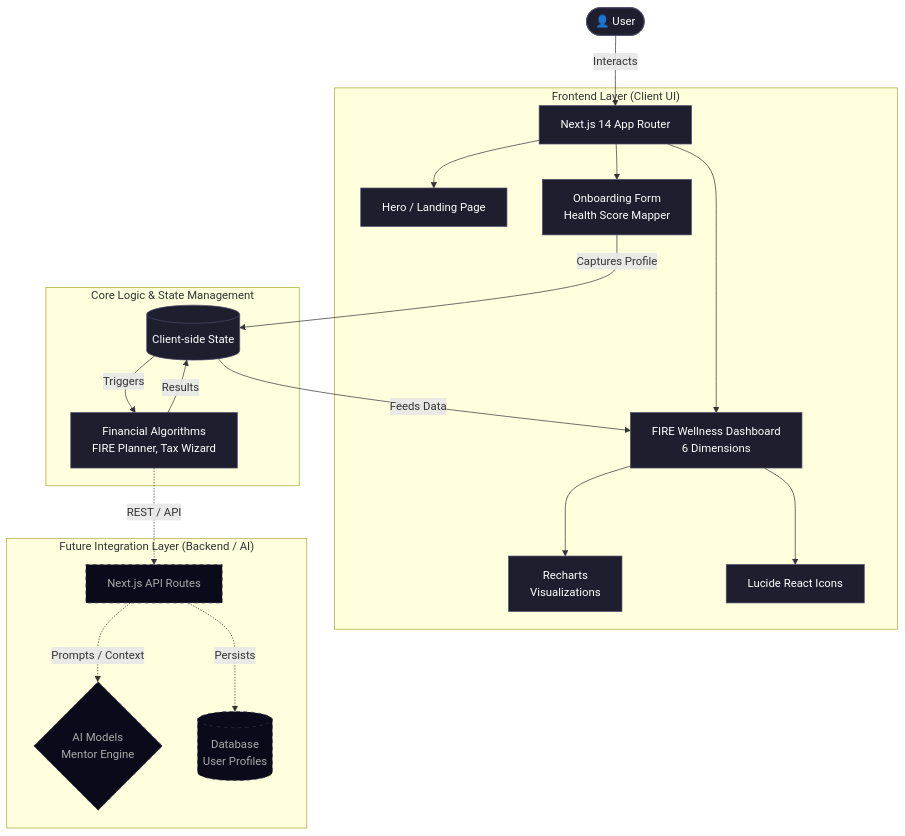
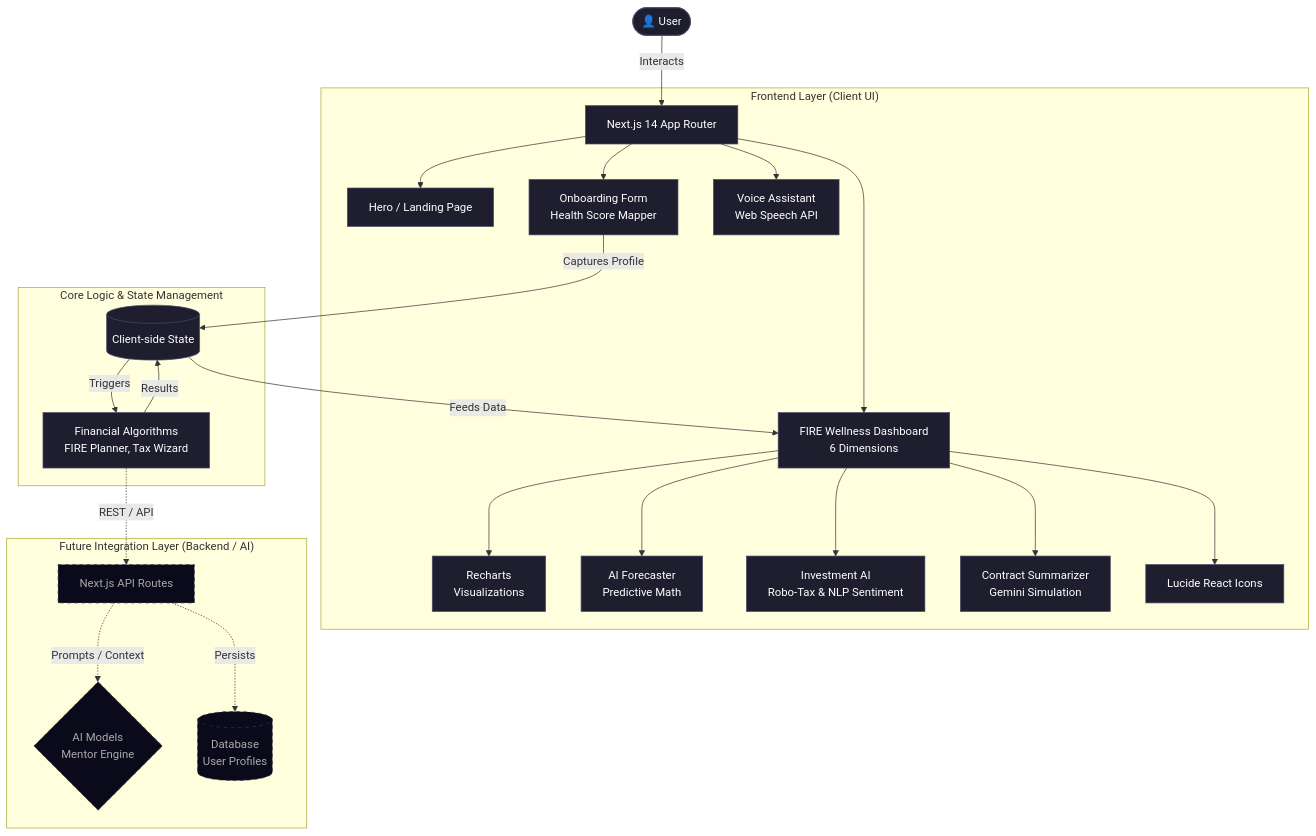
Before and after one commit to shankar276/AI-Money-Mentor: the diagram in architecture.mmd, drawn with Mermaid. The commit also changed 4 other files, not shown here.

```diff
--- a/architecture.mmd
+++ b/architecture.mmd
@@ -1,30 +1,34 @@
 %% System Architecture for AI Money Mentor
 graph TD
     classDef default fill:#1e1e2f,stroke:#4a4a6a,color:#fff;
     classDef future fill:#0a0a1a,stroke:#33334d,stroke-dasharray: 5 5,color:#aaa;
 
     User([👤 User]) -->|Interacts| NextJS[Next.js 14 App Router]
 
     subgraph "Frontend Layer (Client UI)"
         NextJS --> Hero[Hero / Landing Page]
         NextJS --> Onboarding[Onboarding Form \n Health Score Mapper]
         NextJS --> Dashboard[FIRE Wellness Dashboard \n 6 Dimensions]
+        NextJS --> Voice[Voice Assistant \n Web Speech API]
         
         Dashboard --> Charts[Recharts \n Visualizations]
+        Dashboard --> Forecaster[AI Forecaster \n Predictive Math]
+        Dashboard --> InvestAI[Investment AI \n Robo-Tax & NLP Sentiment]
+        Dashboard --> Summarizer[Contract Summarizer \n Gemini Simulation]
         Dashboard --> Icons[Lucide React Icons]
     end
 
     subgraph "Core Logic & State Management"
         Onboarding -->|Captures Profile| State[(Client-side State)]
         State -->|Feeds Data| Dashboard
         State -->|Triggers| Algorithms[Financial Algorithms \n FIRE Planner, Tax Wizard]
         Algorithms -->|Results| State
     end
 
     subgraph "Future Integration Layer (Backend / AI)"
         Algorithms -.->|REST / API| API[Next.js API Routes]
         API -.->|Prompts / Context| LLM{AI Models \n Mentor Engine}
         API -.->|Persists| DB[(Database \n User Profiles)]
     end
 
     class API,LLM,DB future;
```
